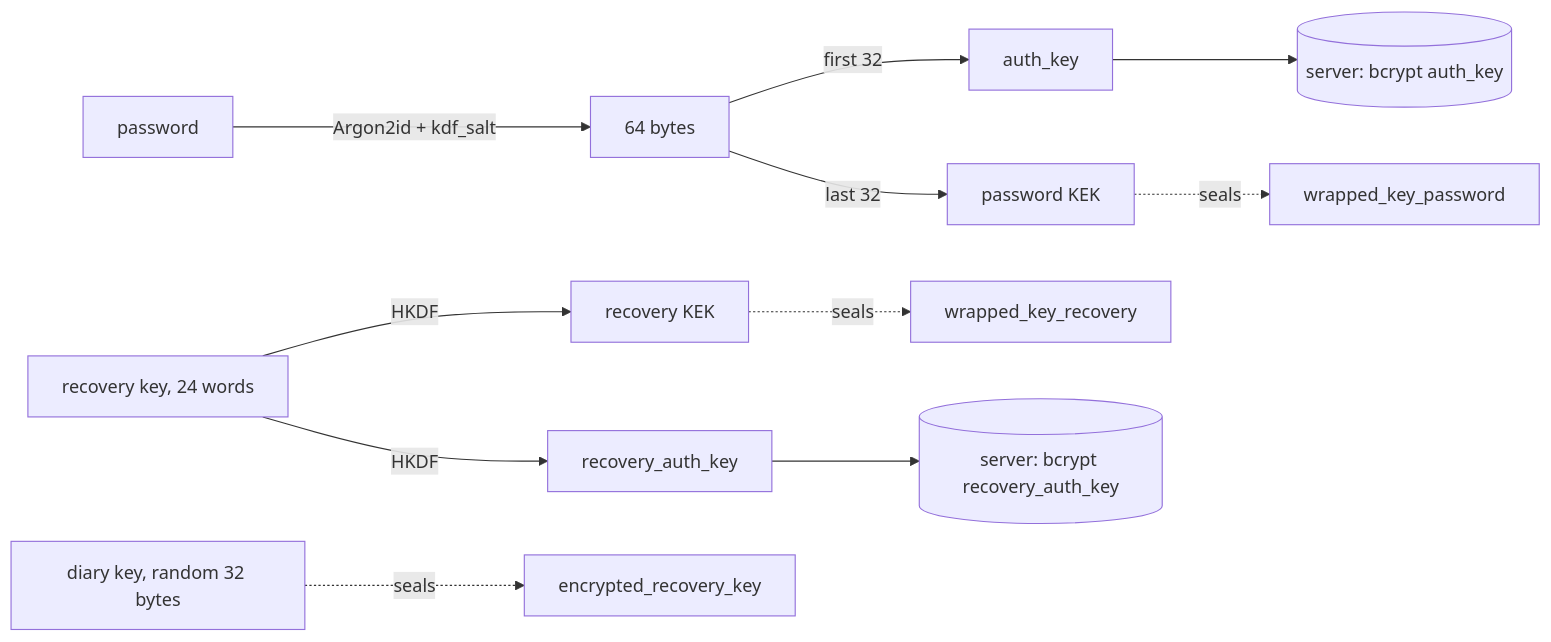
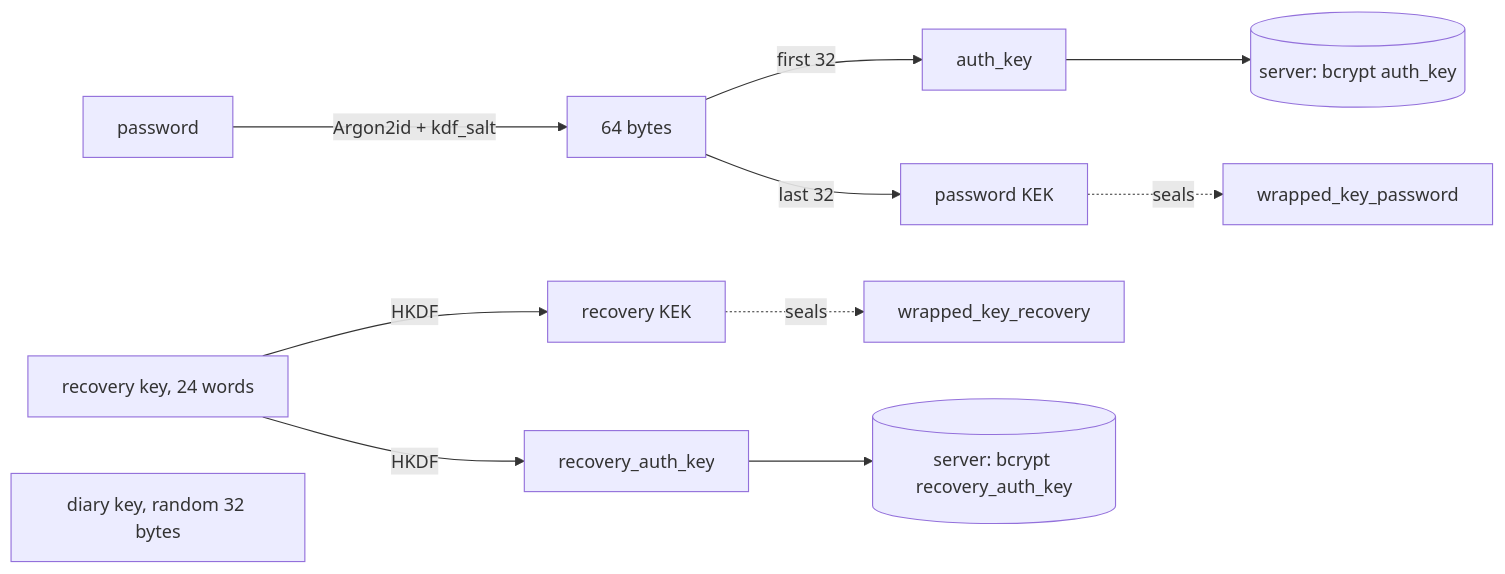
The first of 2 diagrams in src/docs/API.md (Lumaely/cloud), drawn with Mermaid before and after one commit. The commit also changed other lines of this file and 24 other files, not shown here.

````diff
--- a/src/docs/API.md
+++ b/src/docs/API.md
@@ -9,14 +9,13 @@
 ```mermaid
 flowchart LR
   P[password] -->|Argon2id + kdf_salt| S[64 bytes]
   S -->|first 32| AK[auth_key]
   S -->|last 32| KEK[password KEK]
   R[recovery key, 24 words] -->|HKDF| RA[recovery_auth_key]
   R -->|HKDF| RKEK[recovery KEK]
   DK[diary key, random 32 bytes]
   KEK -. seals .-> W1[wrapped_key_password]
   RKEK -. seals .-> W2[wrapped_key_recovery]
-  DK -. seals .-> ER[encrypted_recovery_key]
   AK --> SRV[(server: bcrypt auth_key)]
   RA --> SRV2[(server: bcrypt recovery_auth_key)]
 ```
````
